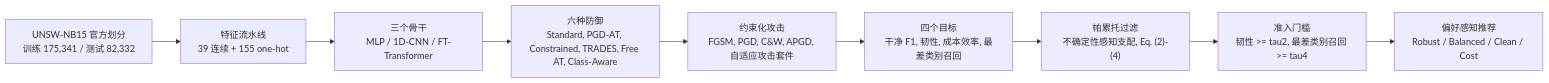
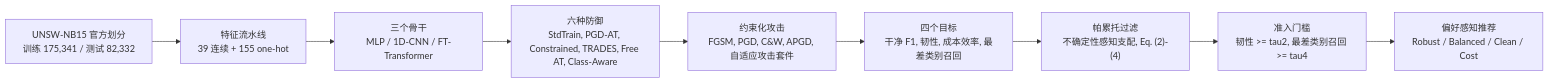
Before and after one commit to huangxyy/bdcc-ids-defense-selection: the diagram in README.zh-CN.md, drawn with Mermaid. The commit also changed other lines of this file and 18 other files, not shown here.

Commit message:
Fix figure labels/layout and refresh revision figures

````diff
--- a/README.zh-CN.md
+++ b/README.zh-CN.md
@@ -23,11 +23,11 @@
 ```mermaid
 flowchart LR
     A["UNSW-NB15 官方划分<br/>训练 175,341 / 测试 82,332"] --> B["特征流水线<br/>39 连续 + 155 one-hot"]
     B --> C["三个骨干<br/>MLP / 1D-CNN / FT-Transformer"]
-    C --> D["六种防御<br/>Standard, PGD-AT, Constrained, TRADES, Free AT, Class-Aware"]
+    C --> D["六种防御<br/>StdTrain, PGD-AT, Constrained, TRADES, Free AT, Class-Aware"]
     D --> E["约束化攻击<br/>FGSM, PGD, C&W, APGD, 自适应攻击套件"]
     E --> F["四个目标<br/>干净 F1, 韧性, 成本效率, 最差类别召回"]
     F --> G["帕累托过滤<br/>不确定性感知支配, Eq. (2)-(4)"]
     G --> H["准入门槛<br/>韧性 >= tau2, 最差类别召回 >= tau4"]
     H --> I["偏好感知推荐<br/>Robust / Balanced / Clean / Cost"]
 ```
````
